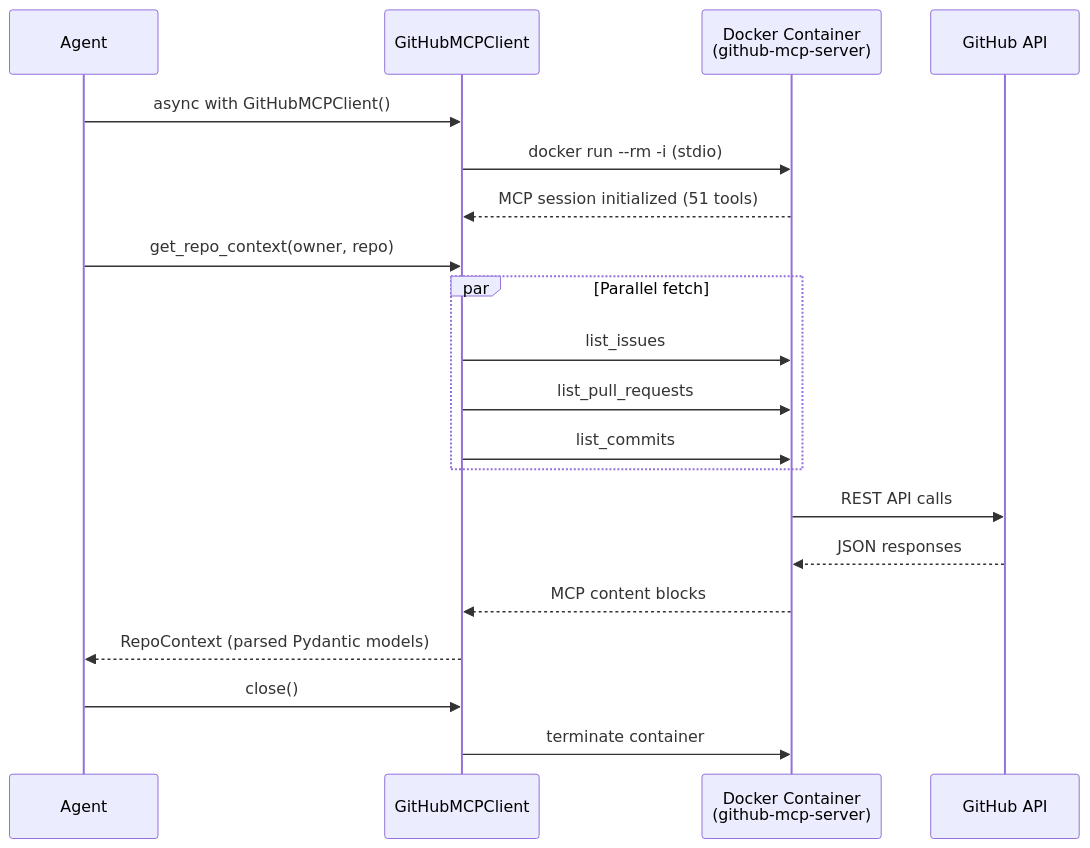
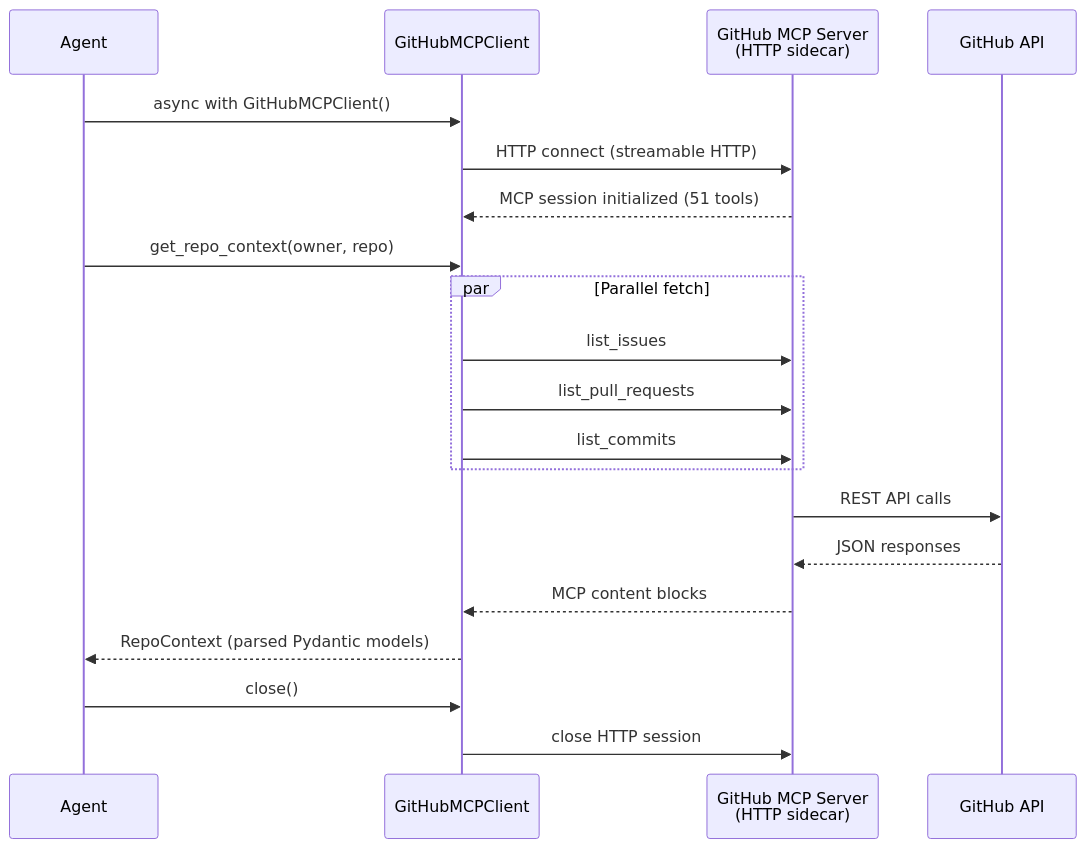
One commit to nishuastic/war-room-copilot changed the third of 3 diagrams in docs/architecture.md. Above: the diagram before and after it, drawn with Mermaid. The commit also changed other lines of this file and 10 other files, not shown here.

First line of the commit message:
feat: fully encapsulate app in Docker Compose — MCP sidecar, no socket mount

````diff
--- a/docs/architecture.md
+++ b/docs/architecture.md
@@ -189,25 +189,25 @@
 ```mermaid
 sequenceDiagram
     participant Agent
     participant GitHubMCPClient
-    participant Docker as Docker Container<br/>(github-mcp-server)
+    participant MCPServer as GitHub MCP Server<br/>(HTTP sidecar)
     participant GitHub as GitHub API
 
     Agent->>GitHubMCPClient: async with GitHubMCPClient()
-    GitHubMCPClient->>Docker: docker run --rm -i (stdio)
-    Docker-->>GitHubMCPClient: MCP session initialized (51 tools)
+    GitHubMCPClient->>MCPServer: HTTP connect (streamable HTTP)
+    MCPServer-->>GitHubMCPClient: MCP session initialized (51 tools)
 
     Agent->>GitHubMCPClient: get_repo_context(owner, repo)
     par Parallel fetch
-        GitHubMCPClient->>Docker: list_issues
-        GitHubMCPClient->>Docker: list_pull_requests
-        GitHubMCPClient->>Docker: list_commits
+        GitHubMCPClient->>MCPServer: list_issues
+        GitHubMCPClient->>MCPServer: list_pull_requests
+        GitHubMCPClient->>MCPServer: list_commits
     end
-    Docker->>GitHub: REST API calls
-    GitHub-->>Docker: JSON responses
-    Docker-->>GitHubMCPClient: MCP content blocks
+    MCPServer->>GitHub: REST API calls
+    GitHub-->>MCPServer: JSON responses
+    MCPServer-->>GitHubMCPClient: MCP content blocks
     GitHubMCPClient-->>Agent: RepoContext (parsed Pydantic models)
 
     Agent->>GitHubMCPClient: close()
-    GitHubMCPClient->>Docker: terminate container
+    GitHubMCPClient->>MCPServer: close HTTP session
 ```
````
